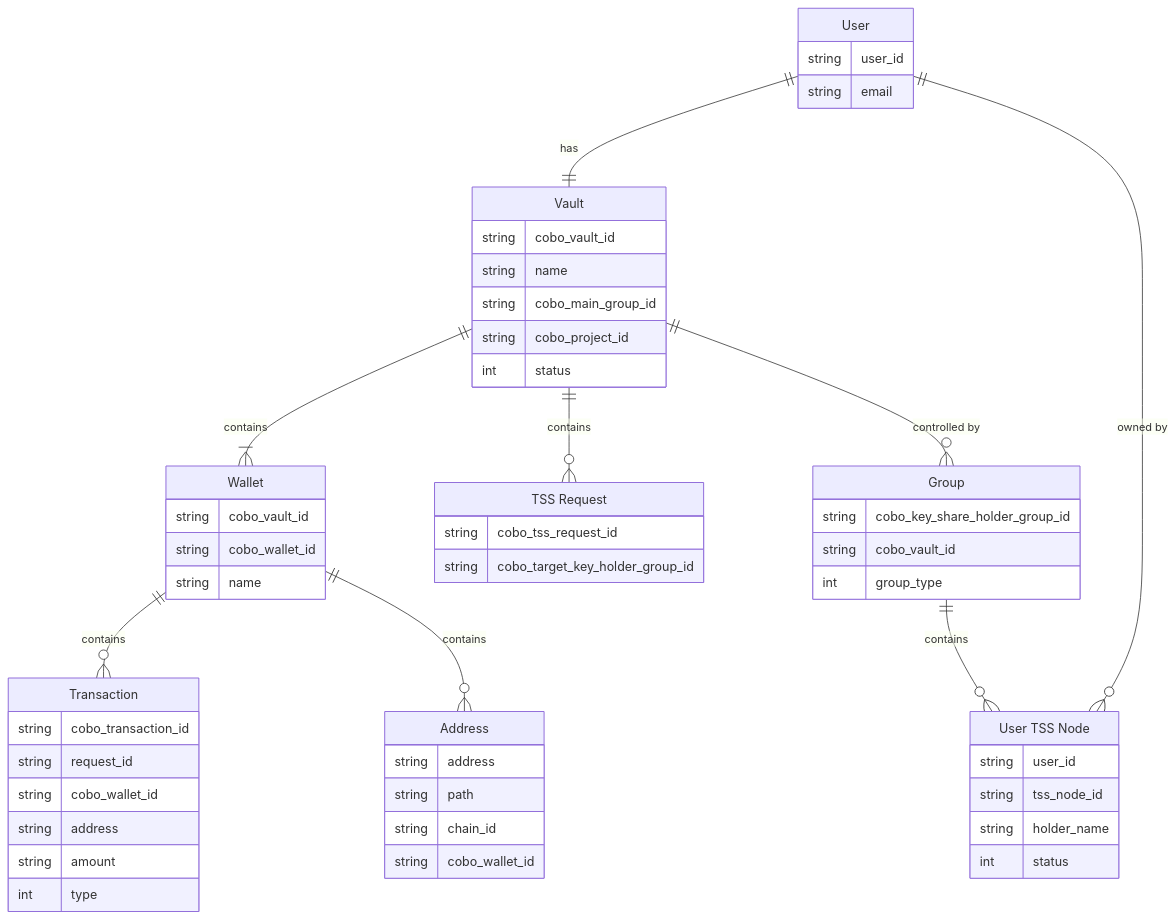
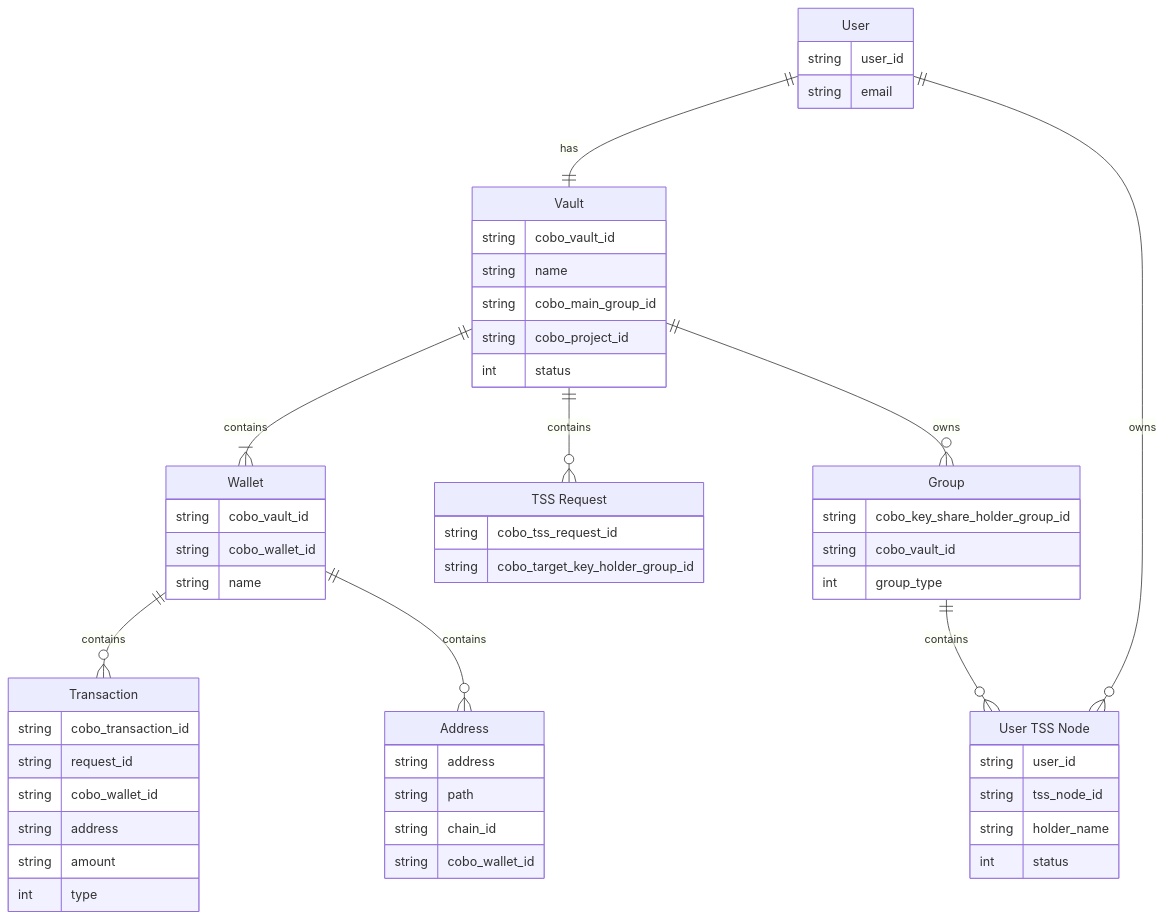
The diagram in docs/11_client_er_diagram.md (CoboGlobal/cobo-ucw-demo-backend), drawn with Mermaid before and after one commit. The commit also changed 21 other files, not shown here.

````diff
--- a/docs/11_client_er_diagram.md
+++ b/docs/11_client_er_diagram.md
@@ -1,57 +1,57 @@
 ```mermaid
 erDiagram
     user[User] {
         string user_id
         string email
     }
     vault[Vault] {
         string cobo_vault_id
         string name
         string cobo_main_group_id
         string cobo_project_id
         int status
     }
     group["Group"] {
         string cobo_key_share_holder_group_id
         string cobo_vault_id
         int group_type
     }
     node["User TSS Node"] {
         string user_id
         string tss_node_id
         string holder_name
         int status
     }
     wallet[Wallet] {
         string cobo_vault_id
         string cobo_wallet_id
         string name
     }
     addr[Address] {
         string address
         string path
         string chain_id
         string cobo_wallet_id
     }
     request["TSS Request"] {
         string cobo_tss_request_id
         string cobo_target_key_holder_group_id
     }
     tx[Transaction] {
         string cobo_transaction_id
         string request_id
         string cobo_wallet_id
         string address
         string amount
         int type
     }
 
     user ||--|| vault: has
-    user||--o{ node : "owned by"
+    user||--o{ node : "owns"
     vault ||--|{ wallet : contains
     vault ||--o{ request : "contains"
-    vault ||--o{ group : "controlled by"
+    vault ||--o{ group : "owns"
     wallet||--o{ tx : contains
     wallet ||--o{ addr : contains
     group ||--o{ node : contains
 ```
````
